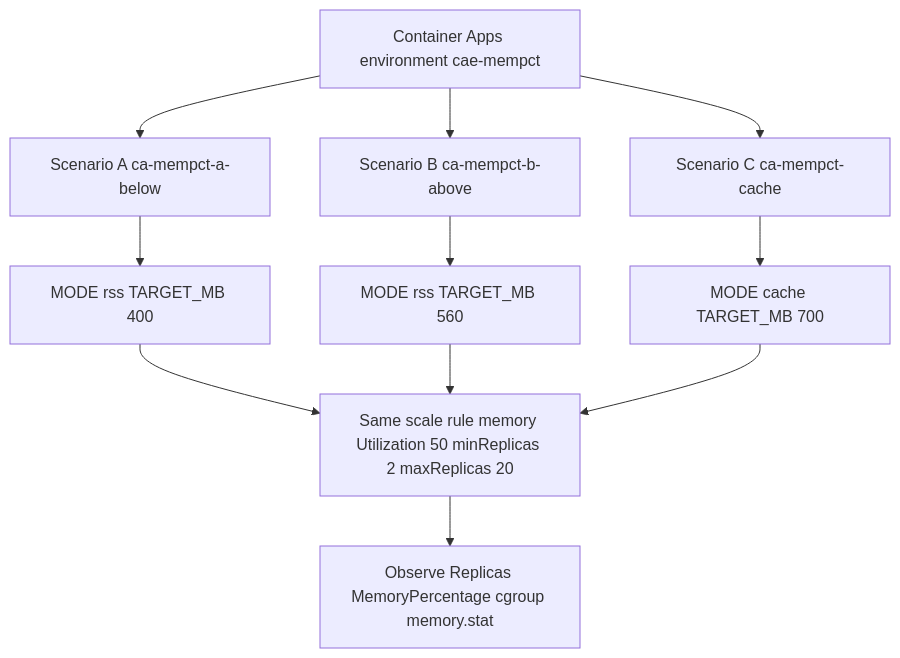
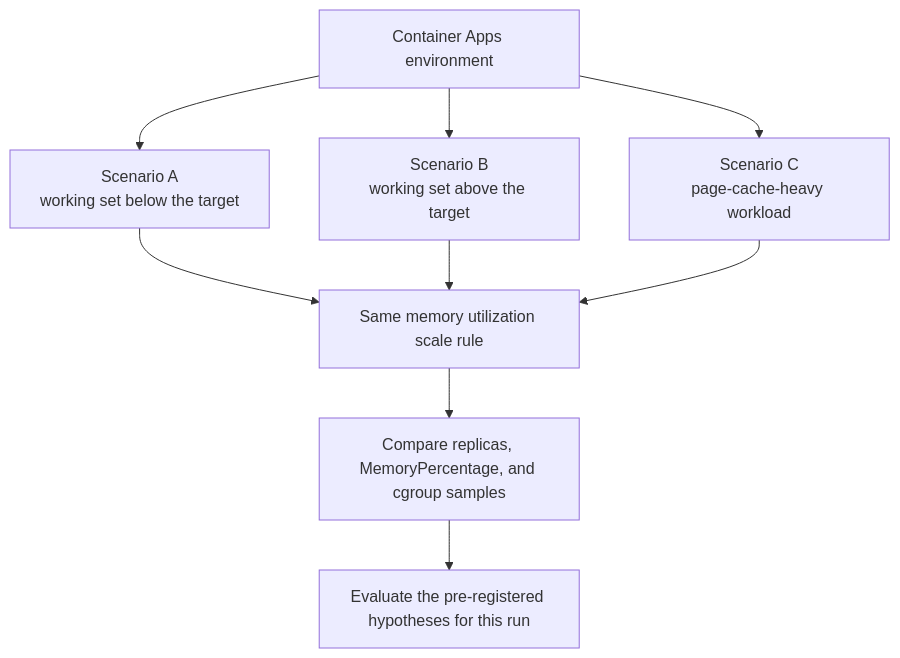
Before and after one commit to yeongseon/azure-container-apps-practical-guide: the diagram in docs/troubleshooting/lab-guides/memory-percentage-vs-keda-utilization.md, drawn with Mermaid. The commit also changed other lines of this file and 25 other files, not shown here.

Commit message:
docs(diagrams): migrate lab guide diagrams (#624)

````diff
--- a/docs/troubleshooting/lab-guides/memory-percentage-vs-keda-utilization.md
+++ b/docs/troubleshooting/lab-guides/memory-percentage-vs-keda-utilization.md
@@ -73,13 +73,11 @@
 ```mermaid
 flowchart TD
-    A[Container Apps environment cae-mempct] --> B[Scenario A ca-mempct-a-below]
-    A --> C[Scenario B ca-mempct-b-above]
-    A --> D[Scenario C ca-mempct-cache]
-    B --> B1[MODE rss TARGET_MB 400]
-    C --> C1[MODE rss TARGET_MB 560]
-    D --> D1[MODE cache TARGET_MB 700]
-    B1 --> S[Same scale rule memory Utilization 50 minReplicas 2 maxReplicas 20]
-    C1 --> S
-    D1 --> S
-    S --> R[Observe Replicas MemoryPercentage cgroup memory.stat]
+    ENV["Container Apps environment"] --> BELOW["Scenario A<br/>working set below the target"]
+    ENV --> ABOVE["Scenario B<br/>working set above the target"]
+    ENV --> CACHE["Scenario C<br/>page-cache-heavy workload"]
+    BELOW --> RULE["Same memory utilization scale rule"]
+    ABOVE --> RULE
+    CACHE --> RULE
+    RULE --> EVIDENCE["Compare replicas, MemoryPercentage, and cgroup samples"]
+    EVIDENCE --> VERDICT["Evaluate the pre-registered hypotheses for this run"]
 ```
````
